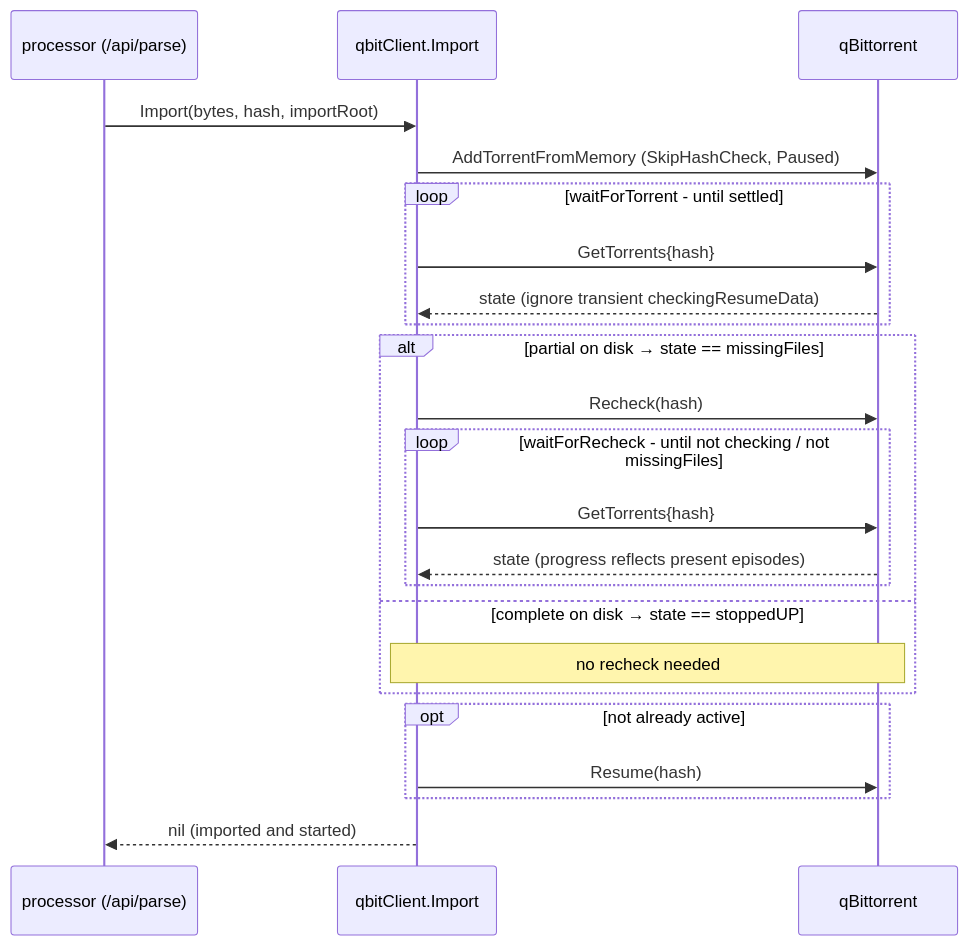
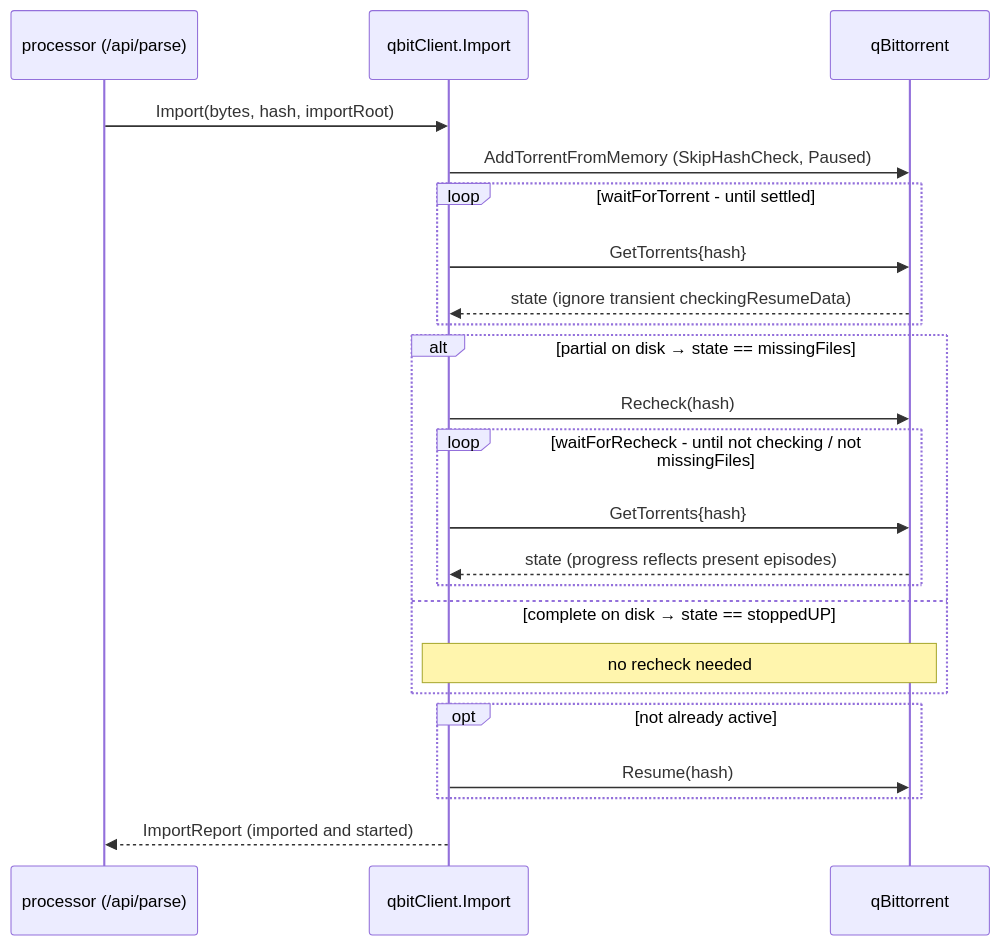
The second of 2 diagrams in docs/design-docs/qbittorrent-import-flow.md (nuxencs/seasonpackarr), drawn with Mermaid before and after one commit. The commit also changed other lines of this file and 28 other files, not shown here.

````diff
--- a/docs/design-docs/qbittorrent-import-flow.md
+++ b/docs/design-docs/qbittorrent-import-flow.md
@@ -54,26 +57,26 @@
 ```mermaid
 sequenceDiagram
     participant P as processor (/api/parse)
     participant A as qbitClient.Import
     participant Q as qBittorrent
 
     P->>A: Import(bytes, hash, importRoot)
     A->>Q: AddTorrentFromMemory (SkipHashCheck, Paused)
     loop waitForTorrent - until settled
         A->>Q: GetTorrents{hash}
         Q-->>A: state (ignore transient checkingResumeData)
     end
     alt partial on disk → state == missingFiles
         A->>Q: Recheck(hash)
         loop waitForRecheck - until not checking / not missingFiles
             A->>Q: GetTorrents{hash}
             Q-->>A: state (progress reflects present episodes)
         end
     else complete on disk → state == stoppedUP
         Note over A,Q: no recheck needed
     end
     opt not already active
         A->>Q: Resume(hash)
     end
-    A-->>P: nil (imported and started)
+    A-->>P: ImportReport (imported and started)
 ```
````
